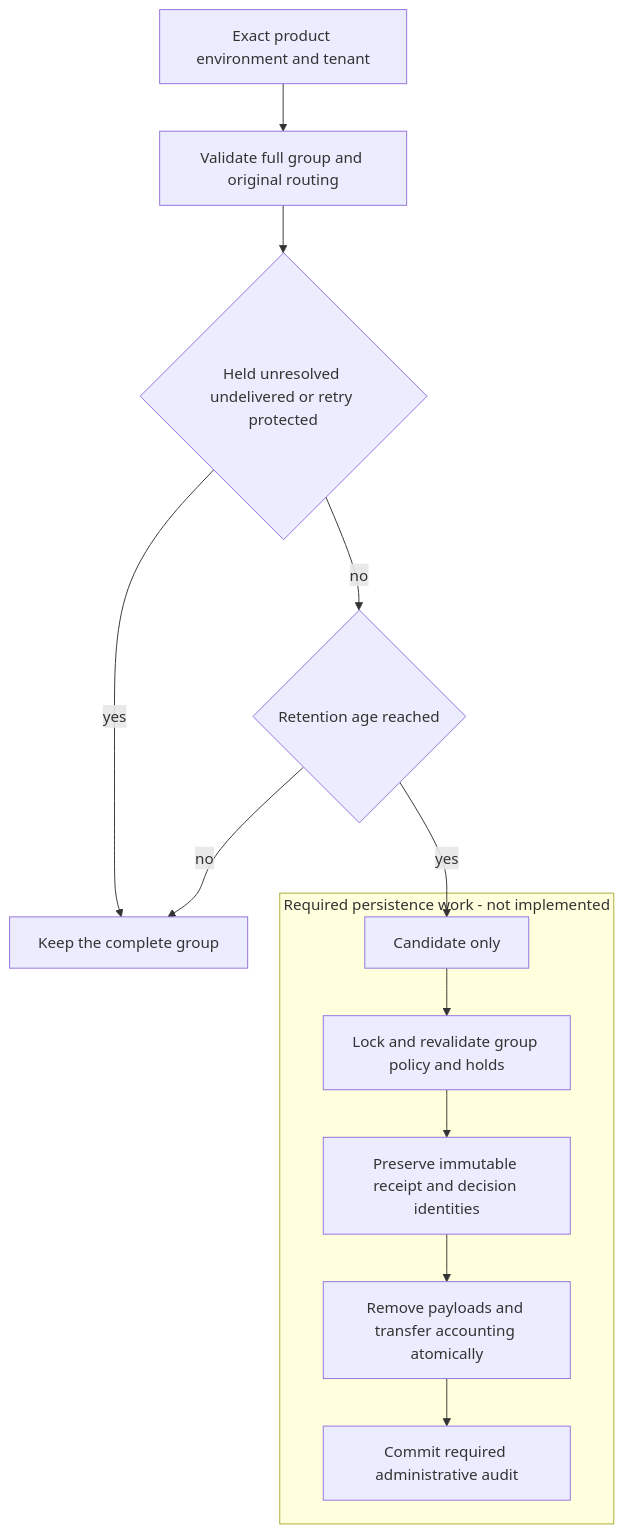
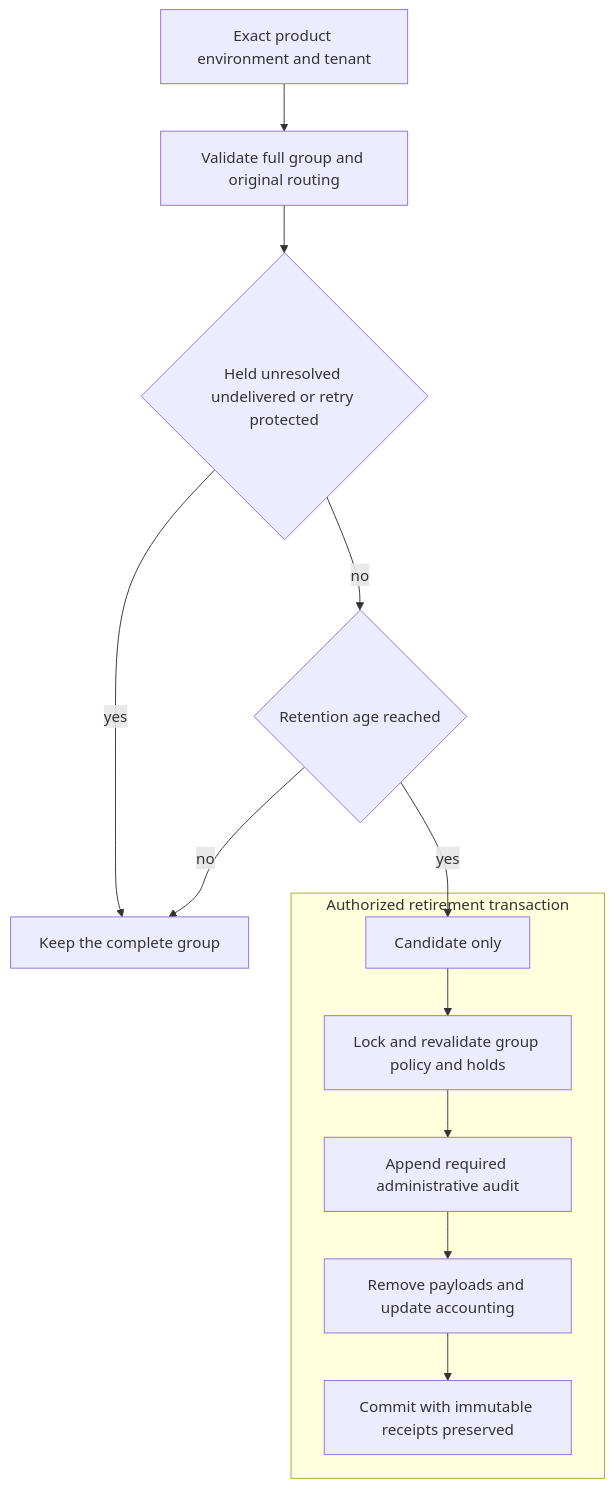
One commit to techsavvyash/heimdall changed the diagram in docs/content/design/audit-retention.md. Above: the diagram before and after it, drawn with Mermaid. The commit also changed other lines of this file and 12 other files, not shown here.

````diff
--- a/docs/content/design/audit-retention.md
+++ b/docs/content/design/audit-retention.md
@@ -25,15 +25,15 @@
 ```mermaid
 flowchart TD
   Scope[Exact product environment and tenant] --> Validate[Validate full group and original routing]
   Validate --> Protected{Held unresolved undelivered or retry protected}
   Protected -->|yes| Keep[Keep the complete group]
   Protected -->|no| Age{Retention age reached}
   Age -->|no| Keep
   Age -->|yes| Candidate[Candidate only]
-  subgraph Future[Required persistence work - not implemented]
+  subgraph Retirement[Authorized retirement transaction]
     Candidate --> Lock[Lock and revalidate group policy and holds]
-    Lock --> Identity[Preserve immutable receipt and decision identities]
-    Identity --> Reclaim[Remove payloads and transfer accounting atomically]
-    Reclaim --> Audit[Commit required administrative audit]
+    Lock --> Audit[Append required administrative audit]
+    Audit --> Reclaim[Remove payloads and update accounting]
+    Reclaim --> Commit[Commit with immutable receipts preserved]
   end
 ```
````
